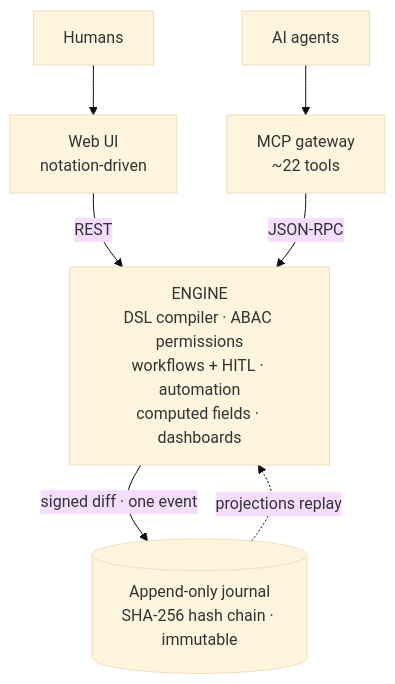
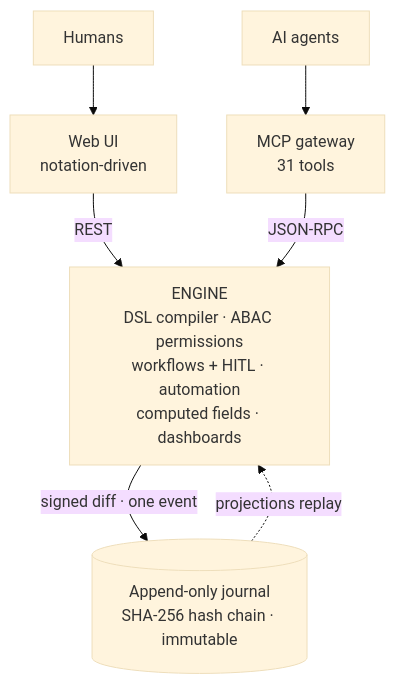
One commit to avangerus/kalita changed the second of 5 diagrams in README.md. Above: the diagram before and after it, drawn with Mermaid (base theme). The commit also changed other lines of this file and 13 other files, not shown here.

````diff
--- a/README.md
+++ b/README.md
@@ -58,10 +58,10 @@
 ```mermaid
 flowchart TD
     H["Humans"] --> UI["Web UI<br/>notation-driven"]
-    A["AI agents"] --> MCP["MCP gateway<br/>~22 tools"]
+    A["AI agents"] --> MCP["MCP gateway<br/>31 tools"]
     UI -->|REST| ENG
     MCP -->|JSON-RPC| ENG
     ENG["ENGINE<br/>DSL compiler · ABAC permissions<br/>workflows + HITL · automation<br/>computed fields · dashboards"]
     ENG -->|"signed diff · one event"| J[("Append-only journal<br/>SHA-256 hash chain · immutable")]
     J -.->|"projections replay"| ENG
 ```
````
